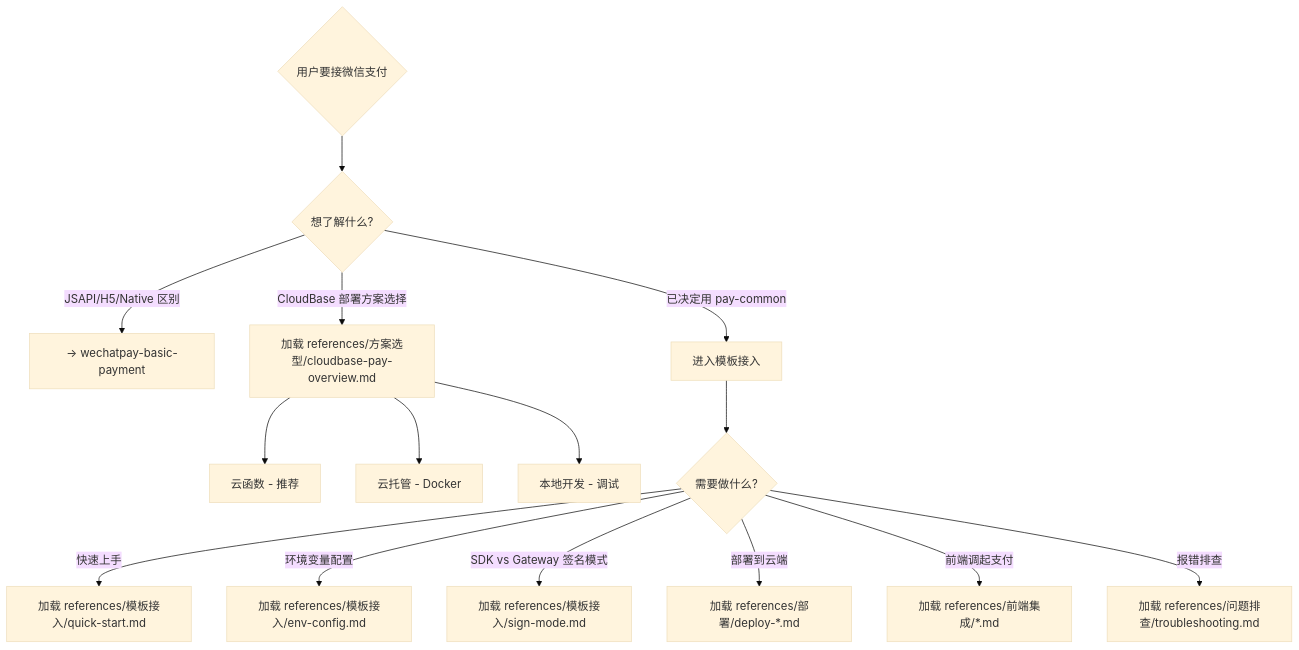
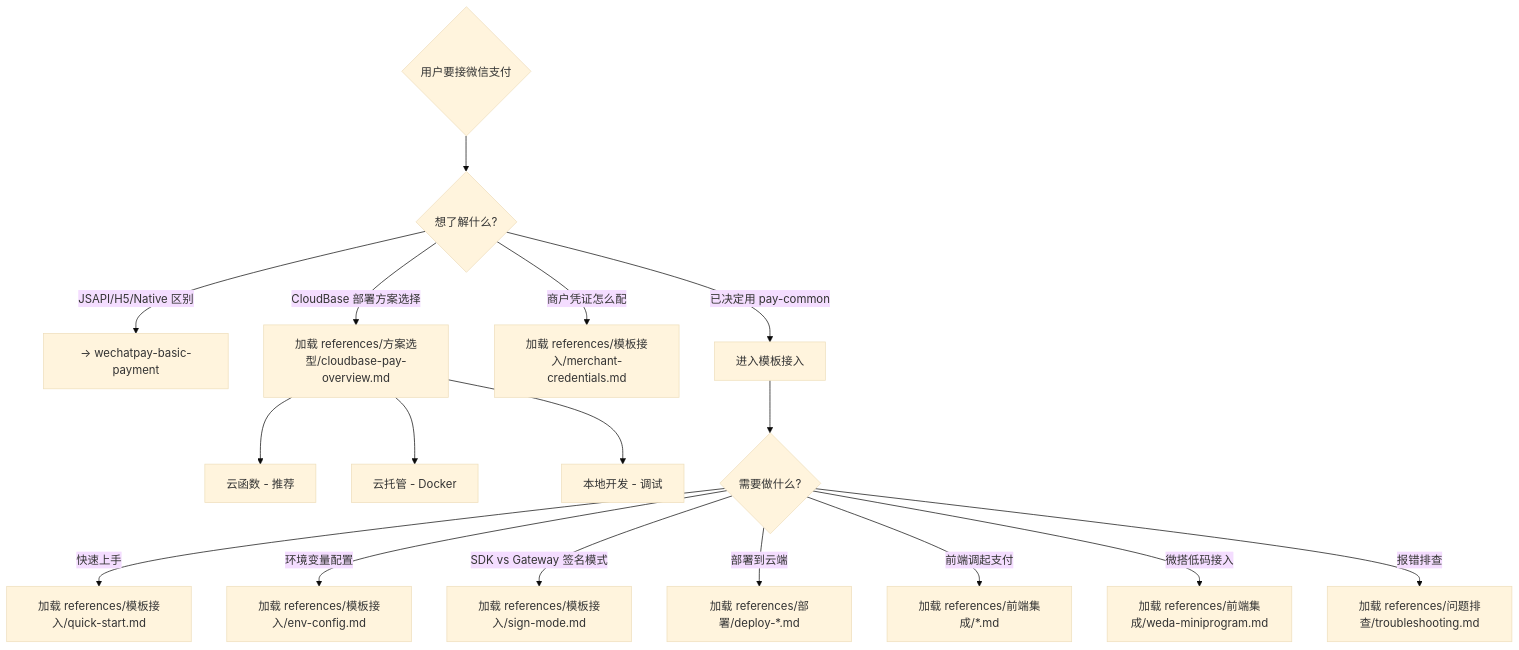
Before and after one commit to TencentCloudBase/awesome-cloudbase-examples: the diagram in integration/cloudbase-wx-pay/skill/cloudbase-wechatpay/SKILL.md, drawn with Mermaid (base theme). The commit also changed other lines of this file and 6 other files, not shown here.

````diff
--- a/integration/cloudbase-wx-pay/skill/cloudbase-wechatpay/SKILL.md
+++ b/integration/cloudbase-wx-pay/skill/cloudbase-wechatpay/SKILL.md
@@ -52,17 +52,19 @@
 ```mermaid
 graph TD
     A{用户要接微信支付} --> B{想了解什么?}
     B -->|JSAPI/H5/Native 区别| C[→ wechatpay-basic-payment]
     B -->|CloudBase 部署方案选择| D[加载 references/方案选型/cloudbase-pay-overview.md]
     D --> D1[云函数 - 推荐]
     D --> D2[云托管 - Docker]
     D --> D3[本地开发 - 调试]
+    B -->|商户凭证怎么配| M[加载 references/模板接入/merchant-credentials.md]
     B -->|已决定用 pay-common| E[进入模板接入]
     E --> F{需要做什么?}
     F -->|快速上手| G[加载 references/模板接入/quick-start.md]
     F -->|环境变量配置| H[加载 references/模板接入/env-config.md]
     F -->|SDK vs Gateway 签名模式| I[加载 references/模板接入/sign-mode.md]
     F -->|部署到云端| J[加载 references/部署/deploy-*.md]
     F -->|前端调起支付| K[加载 references/前端集成/*.md]
+    F -->|微搭低码接入| W[加载 references/前端集成/weda-miniprogram.md]
     F -->|报错排查| L[加载 references/问题排查/troubleshooting.md]
 ```
````
